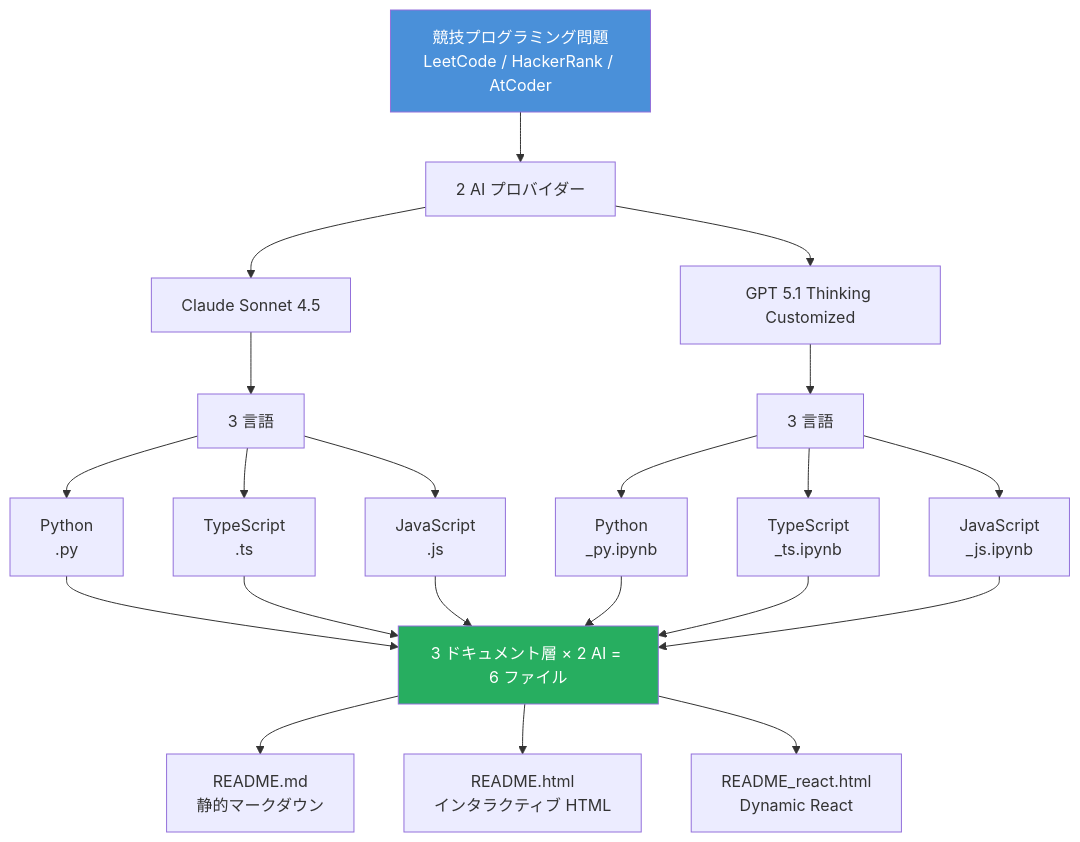
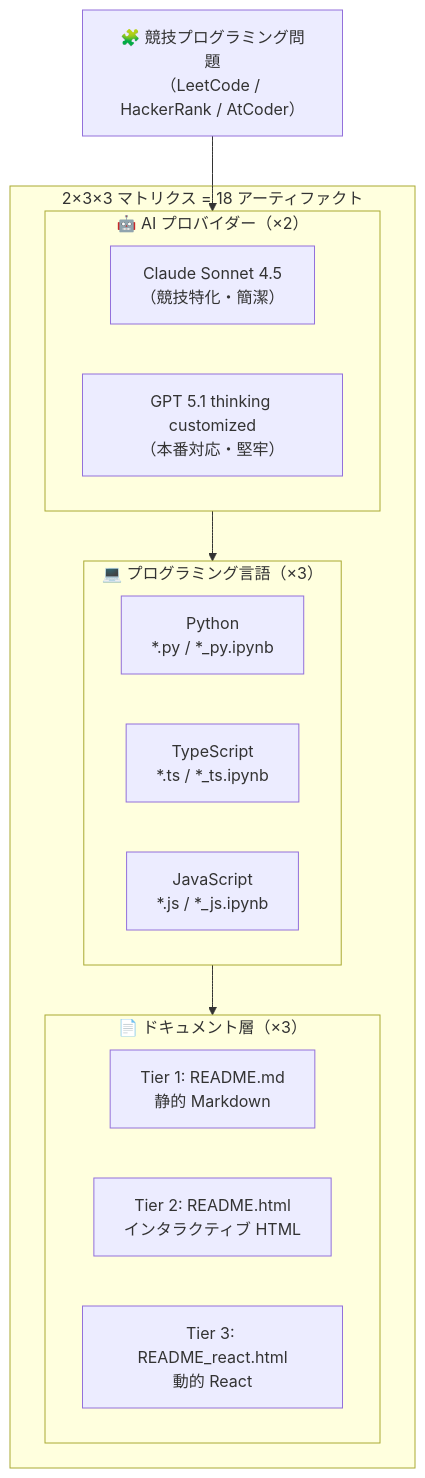
Before and after one commit to myoshi2891/Algorithm-DataStructures-Math-SQL: the first of 8 diagrams in README.md, drawn with Mermaid. The commit also changed other lines of this file, not shown here.

````diff
--- a/README.md
+++ b/README.md
@@ -31,27 +22,27 @@
 ```mermaid
 graph TD
-    PROB["競技プログラミング問題<br>LeetCode / HackerRank / AtCoder"]
+    PROBLEM["🧩 競技プログラミング問題<br>（LeetCode / HackerRank / AtCoder）"]
 
-    PROB --> AI["2 AI プロバイダー"]
-    AI --> C["Claude Sonnet 4.5"]
-    AI --> G["GPT 5.1 Thinking Customized"]
+    subgraph MATRIX["2×3×3 マトリクス = 18 アーティファクト"]
+        subgraph AI["🤖 AI プロバイダー（×2）"]
+            CLAUDE["Claude Sonnet 4.5<br>（競技特化・簡潔）"]
+            GPT["GPT 5.1 thinking customized<br>（本番対応・堅牢）"]
+        end
 
-    C --> LANG_C["3 言語"]
-    G --> LANG_G["3 言語"]
+        subgraph LANG["💻 プログラミング言語（×3）"]
+            PY["Python<br>*.py / *_py.ipynb"]
+            TS["TypeScript<br>*.ts / *_ts.ipynb"]
+            JS["JavaScript<br>*.js / *_js.ipynb"]
+        end
 
-    LANG_C --> PY_C["Python<br>.py"]
-    LANG_C --> TS_C["TypeScript<br>.ts"]
-    LANG_C --> JS_C["JavaScript<br>.js"]
+        subgraph DOC["📄 ドキュメント層（×3）"]
+            MD["Tier 1: README.md<br>静的 Markdown"]
+            HTML["Tier 2: README.html<br>インタラクティブ HTML"]
+            REACT["Tier 3: README_react.html<br>動的 React"]
+        end
+    end
 
-    LANG_G --> PY_G["Python<br>_py.ipynb"]
-    LANG_G --> TS_G["TypeScript<br>_ts.ipynb"]
-    LANG_G --> JS_G["JavaScript<br>_js.ipynb"]
-
-    PY_C & TS_C & JS_C & PY_G & TS_G & JS_G --> DOC["3 ドキュメント層 × 2 AI = 6 ファイル"]
-    DOC --> D1["README.md<br>静的マークダウン"]
-    DOC --> D2["README.html<br>インタラクティブ HTML"]
-    DOC --> D3["README_react.html<br>Dynamic React"]
-
-    style PROB fill:#4A90D9,color:#fff
-    style DOC fill:#27AE60,color:#fff
+    PROBLEM --> AI
+    AI --> LANG
+    LANG --> DOC
 ```
````
